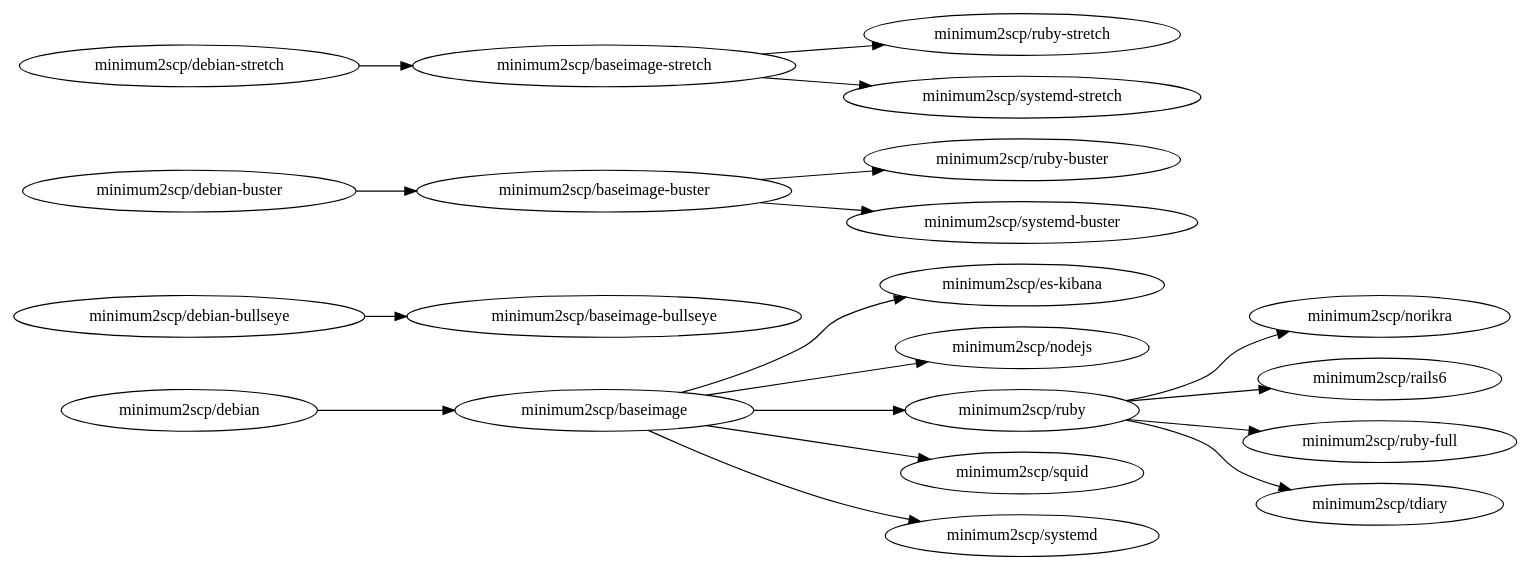
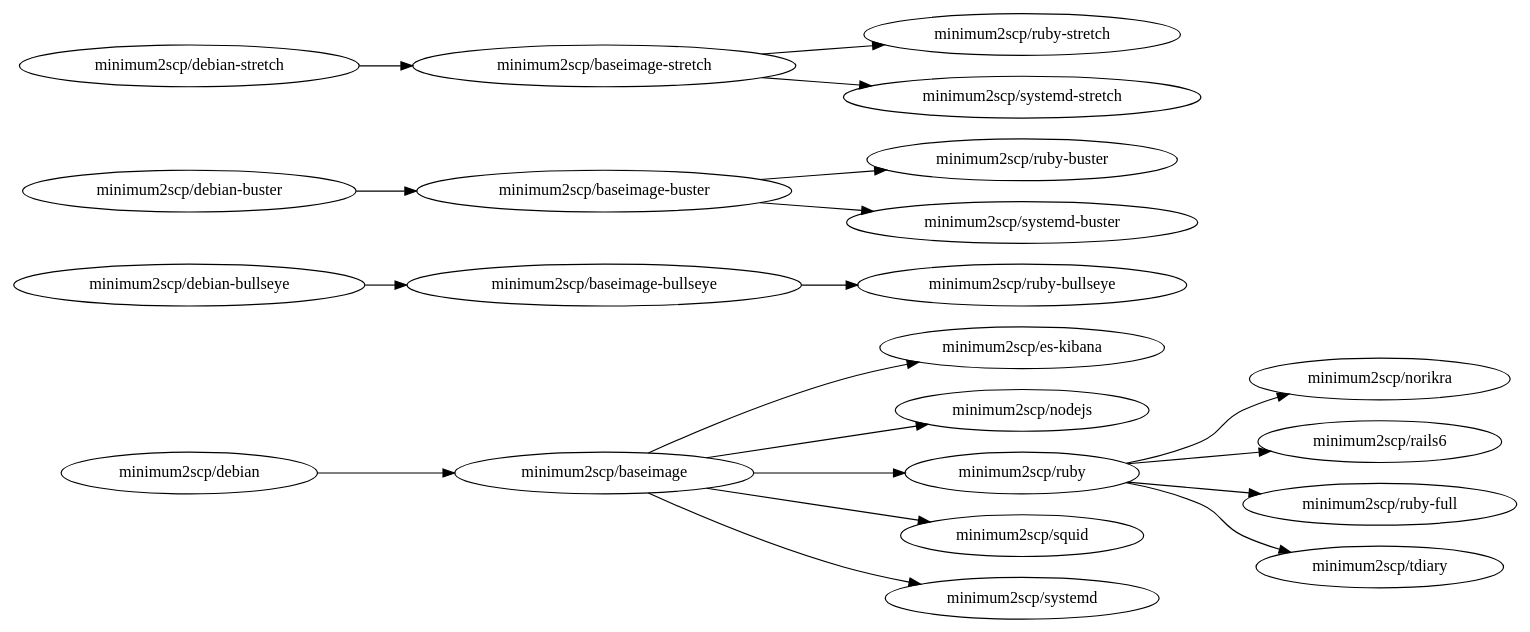
Before and after one commit to minimum2scp/dockerfiles: the diagram in deps.dot, drawn with Graphviz. The commit also changed 1 other file, not shown here.

```diff
--- a/deps.dot
+++ b/deps.dot
@@ -1,40 +1,42 @@
 digraph deps {
   graph        [rankdir = "LR"];
   ratio = auto;
 
 
   baseimage          [label = "minimum2scp/baseimage"];
   baseimage_bullseye [label = "minimum2scp/baseimage-bullseye"];
   baseimage_buster   [label = "minimum2scp/baseimage-buster"];
   baseimage_stretch  [label = "minimum2scp/baseimage-stretch"];
   debian             [label = "minimum2scp/debian"];
   debian_bullseye    [label = "minimum2scp/debian-bullseye"];
   debian_buster      [label = "minimum2scp/debian-buster"];
   debian_stretch     [label = "minimum2scp/debian-stretch"];
   es_kibana          [label = "minimum2scp/es-kibana"];
   nodejs             [label = "minimum2scp/nodejs"];
   norikra            [label = "minimum2scp/norikra"];
   rails6             [label = "minimum2scp/rails6"];
   ruby               [label = "minimum2scp/ruby"];
-  ruby_buster        [label = "minimum2scp/ruby-buster "];
+  ruby_bullseye      [label = "minimum2scp/ruby-bullseye"];
+  ruby_buster        [label = "minimum2scp/ruby-buster"];
   ruby_full          [label = "minimum2scp/ruby-full"];
   ruby_stretch       [label = "minimum2scp/ruby-stretch"];
   squid              [label = "minimum2scp/squid"];
   systemd            [label = "minimum2scp/systemd"];
   systemd_buster     [label = "minimum2scp/systemd-buster"];
   systemd_stretch    [label = "minimum2scp/systemd-stretch"];
   tdiary             [label = "minimum2scp/tdiary"];
 
   debian    -> baseimage;
   baseimage -> {es_kibana, nodejs, ruby, squid, systemd};
   ruby      -> {norikra, rails6, ruby_full, tdiary};
 
   debian_bullseye -> baseimage_bullseye;
+  baseimage_bullseye -> ruby_bullseye;
 
   debian_buster -> baseimage_buster;
   baseimage_buster -> {ruby_buster, systemd_buster};
 
   debian_stretch   -> baseimage_stretch;
   baseimage_stretch -> {systemd_stretch, ruby_stretch};
 
 }
```
